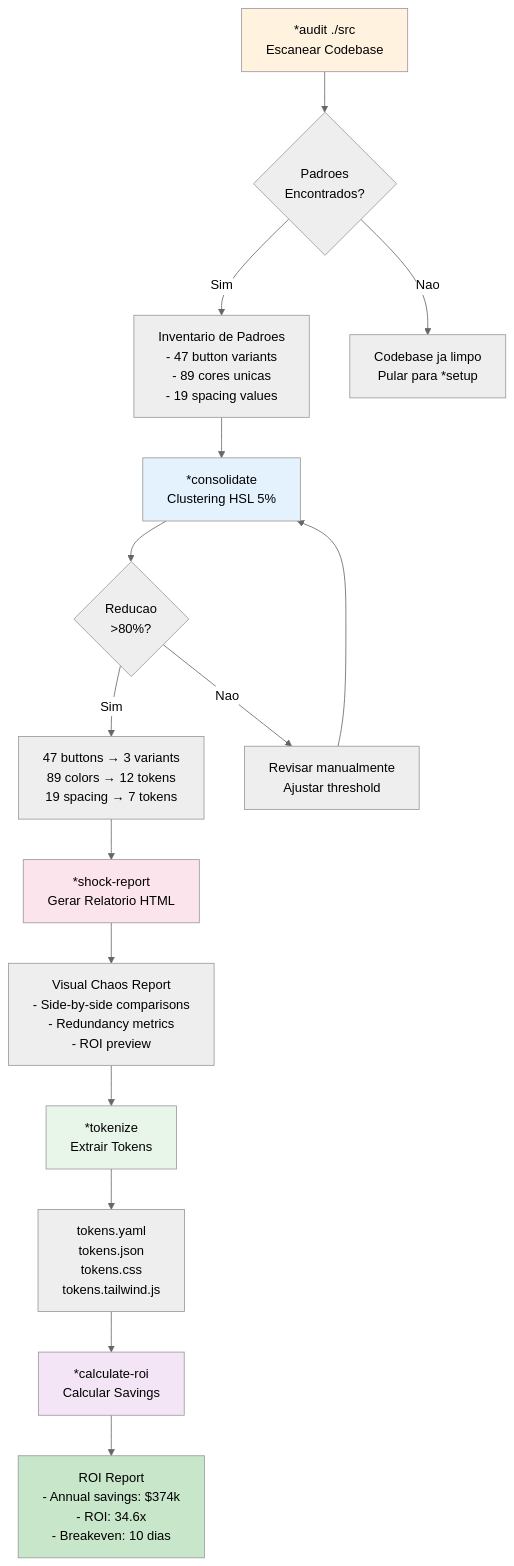
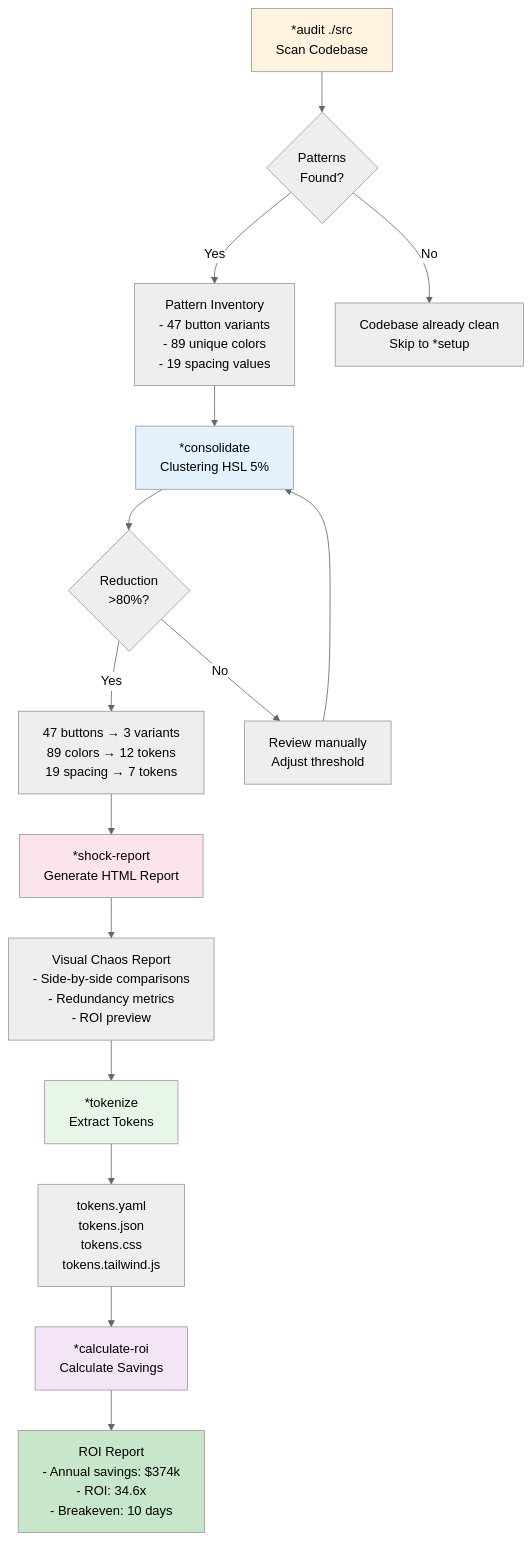
One commit to CyryxLabs/AEXOS changed the third of 7 diagrams in docs/aexos-agent-flows/ux-design-expert-system.md. Above: the diagram before and after it, drawn with Mermaid (neutral theme). The commit also changed other lines of this file and 528 other files, not shown here.

````diff
--- a/docs/aexos-agent-flows/ux-design-expert-system.md
+++ b/docs/aexos-agent-flows/ux-design-expert-system.md
@@ -263,35 +263,35 @@
 ```mermaid
 flowchart TB
-    A["*audit ./src<br/>Escanear Codebase"] --> B{"Padroes<br/>Encontrados?"}
+    A["*audit ./src<br/>Scan Codebase"] --> B{"Patterns<br/>Found?"}
 
-    B -->|Sim| C["Inventario de Padroes<br/>- 47 button variants<br/>- 89 cores unicas<br/>- 19 spacing values"]
-    B -->|Nao| Z["Codebase ja limpo<br/>Pular para *setup"]
+    B -->|Yes| C["Pattern Inventory<br/>- 47 button variants<br/>- 89 unique colors<br/>- 19 spacing values"]
+    B -->|No| Z["Codebase already clean<br/>Skip to *setup"]
 
     C --> D["*consolidate<br/>Clustering HSL 5%"]
 
-    D --> E{"Reducao<br/>>80%?"}
+    D --> E{"Reduction<br/>>80%?"}
 
-    E -->|Sim| F["47 buttons → 3 variants<br/>89 colors → 12 tokens<br/>19 spacing → 7 tokens"]
-    E -->|Nao| G["Revisar manualmente<br/>Ajustar threshold"]
+    E -->|Yes| F["47 buttons → 3 variants<br/>89 colors → 12 tokens<br/>19 spacing → 7 tokens"]
+    E -->|No| G["Review manually<br/>Adjust threshold"]
 
     G --> D
 
-    F --> H["*shock-report<br/>Gerar Relatorio HTML"]
+    F --> H["*shock-report<br/>Generate HTML Report"]
 
     H --> I["Visual Chaos Report<br/>- Side-by-side comparisons<br/>- Redundancy metrics<br/>- ROI preview"]
 
-    I --> J["*tokenize<br/>Extrair Tokens"]
+    I --> J["*tokenize<br/>Extract Tokens"]
 
     J --> K["tokens.yaml<br/>tokens.json<br/>tokens.css<br/>tokens.tailwind.js"]
 
-    K --> L["*calculate-roi<br/>Calcular Savings"]
+    K --> L["*calculate-roi<br/>Calculate Savings"]
 
-    L --> M["ROI Report<br/>- Annual savings: $374k<br/>- ROI: 34.6x<br/>- Breakeven: 10 dias"]
+    L --> M["ROI Report<br/>- Annual savings: $374k<br/>- ROI: 34.6x<br/>- Breakeven: 10 days"]
 
     style A fill:#fff3e0
     style D fill:#e3f2fd
     style H fill:#fce4ec
     style J fill:#e8f5e9
     style L fill:#f3e5f5
     style M fill:#c8e6c9
 ```
````
